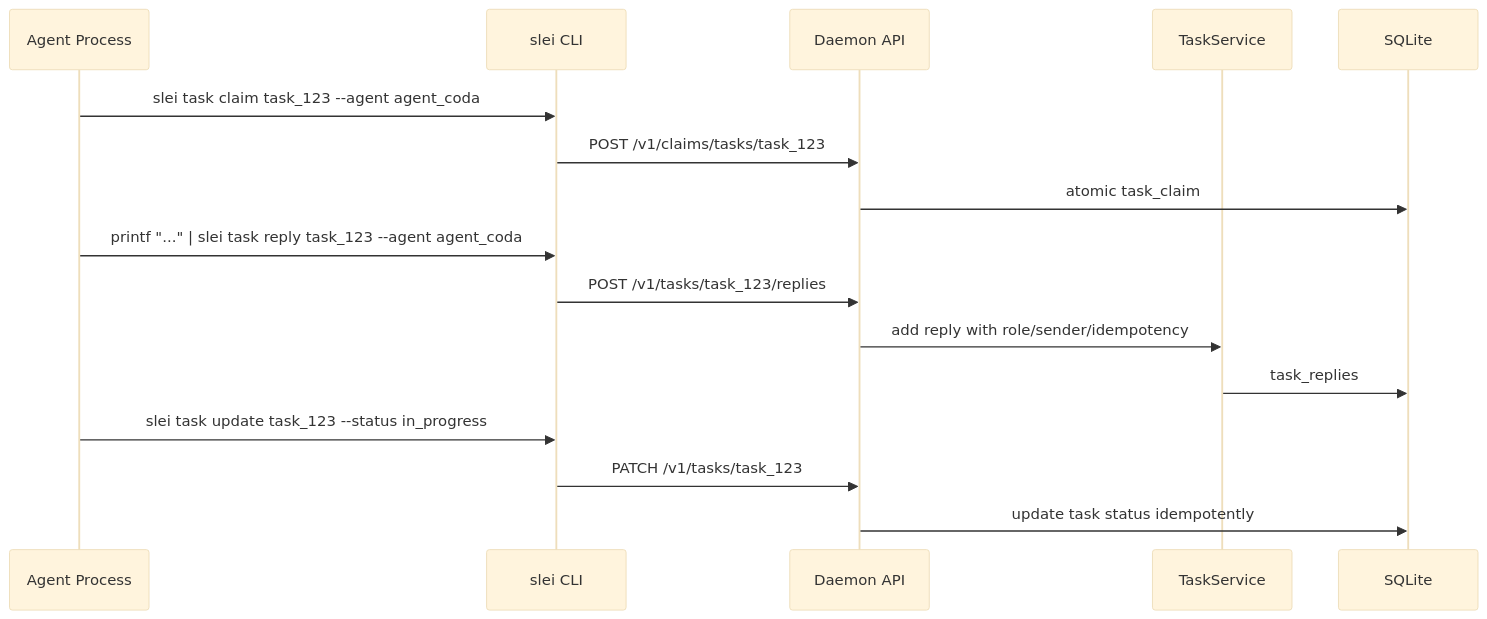
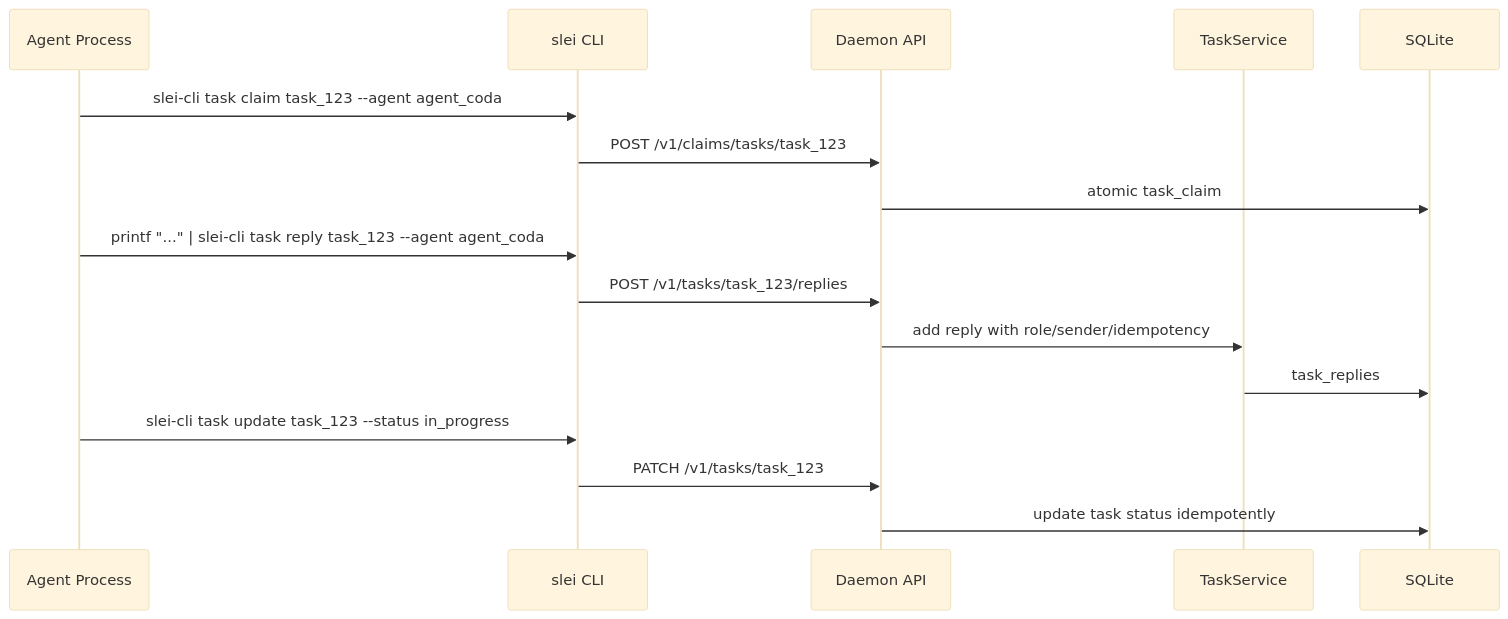
One commit to leedalei/Slei changed the second of 2 diagrams in docs/architecture/0006-task-source-message-card.md. Above: the diagram before and after it, drawn with Mermaid (base theme). The commit also changed other lines of this file and 24 other files, not shown here.

Commit message:
fix: rename agent cli command to slei-cli

````diff
--- a/docs/architecture/0006-task-source-message-card.md
+++ b/docs/architecture/0006-task-source-message-card.md
@@ -71,19 +71,19 @@
 ```mermaid
 sequenceDiagram
     participant Agent as Agent Process
     participant CLI as slei CLI
     participant API as Daemon API
     participant Tasks as TaskService
     participant Store as SQLite
 
-    Agent->>CLI: slei task claim task_123 --agent agent_coda
+    Agent->>CLI: slei-cli task claim task_123 --agent agent_coda
     CLI->>API: POST /v1/claims/tasks/task_123
     API->>Store: atomic task_claim
-    Agent->>CLI: printf "..." | slei task reply task_123 --agent agent_coda
+    Agent->>CLI: printf "..." | slei-cli task reply task_123 --agent agent_coda
     CLI->>API: POST /v1/tasks/task_123/replies
     API->>Tasks: add reply with role/sender/idempotency
     Tasks->>Store: task_replies
-    Agent->>CLI: slei task update task_123 --status in_progress
+    Agent->>CLI: slei-cli task update task_123 --status in_progress
     CLI->>API: PATCH /v1/tasks/task_123
     API->>Store: update task status idempotently
 ```
````
